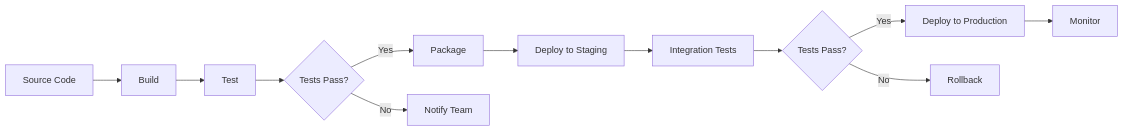
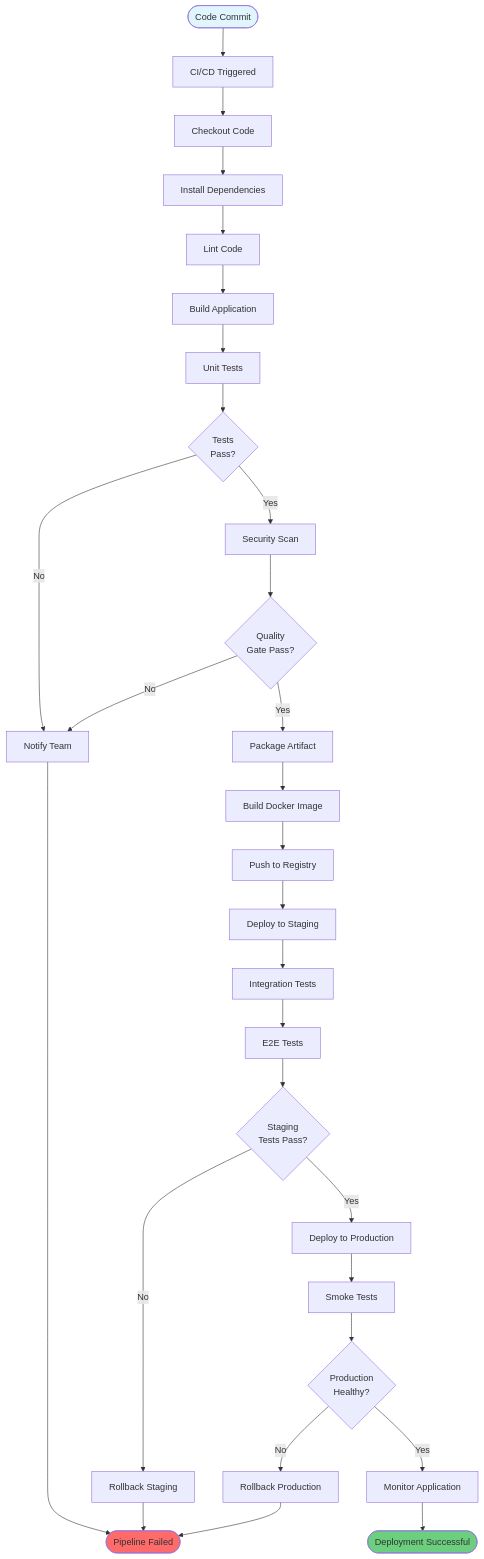
Before and after one commit to iouthnamain/tech-note: the first of 14 diagrams in Developer-Guides/DEVOPS_CICD_GUIDE.md, drawn with Mermaid. The commit also changed other lines of this file and 68 other files, not shown here.

````diff
--- a/Developer-Guides/DEVOPS_CICD_GUIDE.md
+++ b/Developer-Guides/DEVOPS_CICD_GUIDE.md
@@ -38,14 +38,43 @@
 ```mermaid
-graph LR
-    A[Source Code] --> B[Build]
-    B --> C[Test]
-    C --> D{Tests Pass?}
-    D -->|Yes| E[Package]
-    D -->|No| F[Notify Team]
-    E --> G[Deploy to Staging]
-    G --> H[Integration Tests]
-    H --> I{Tests Pass?}
-    I -->|Yes| J[Deploy to Production]
-    I -->|No| K[Rollback]
-    J --> L[Monitor]
+flowchart TD
+    Start([Code Commit]) --> Trigger[CI/CD Triggered]
+    Trigger --> Checkout[Checkout Code]
+    Checkout --> Install[Install Dependencies]
+    
+    Install --> Lint[Lint Code]
+    Lint --> Build[Build Application]
+    Build --> UnitTest[Unit Tests]
+    
+    UnitTest --> TestPass{Tests<br/>Pass?}
+    TestPass -->|No| Notify[Notify Team]
+    TestPass -->|Yes| SecurityScan[Security Scan]
+    
+    SecurityScan --> QualityCheck{Quality<br/>Gate Pass?}
+    QualityCheck -->|No| Notify
+    QualityCheck -->|Yes| Package[Package Artifact]
+    
+    Package --> BuildImage[Build Docker Image]
+    BuildImage --> PushRegistry[Push to Registry]
+    
+    PushRegistry --> DeployStaging[Deploy to Staging]
+    DeployStaging --> IntegrationTest[Integration Tests]
+    IntegrationTest --> E2ETest[E2E Tests]
+    
+    E2ETest --> StagingPass{Staging<br/>Tests Pass?}
+    StagingPass -->|No| RollbackStaging[Rollback Staging]
+    StagingPass -->|Yes| DeployProd[Deploy to Production]
+    
+    DeployProd --> SmokeTest[Smoke Tests]
+    SmokeTest --> ProdPass{Production<br/>Healthy?}
+    ProdPass -->|No| RollbackProd[Rollback Production]
+    ProdPass -->|Yes| Monitor[Monitor Application]
+    
+    Notify --> End([Pipeline Failed])
+    RollbackStaging --> End
+    RollbackProd --> End
+    Monitor --> Success([Deployment Successful])
+    
+    style Start fill:#e1f5ff
+    style Success fill:#6bcf7f
+    style End fill:#ff6b6b
 ```
````
